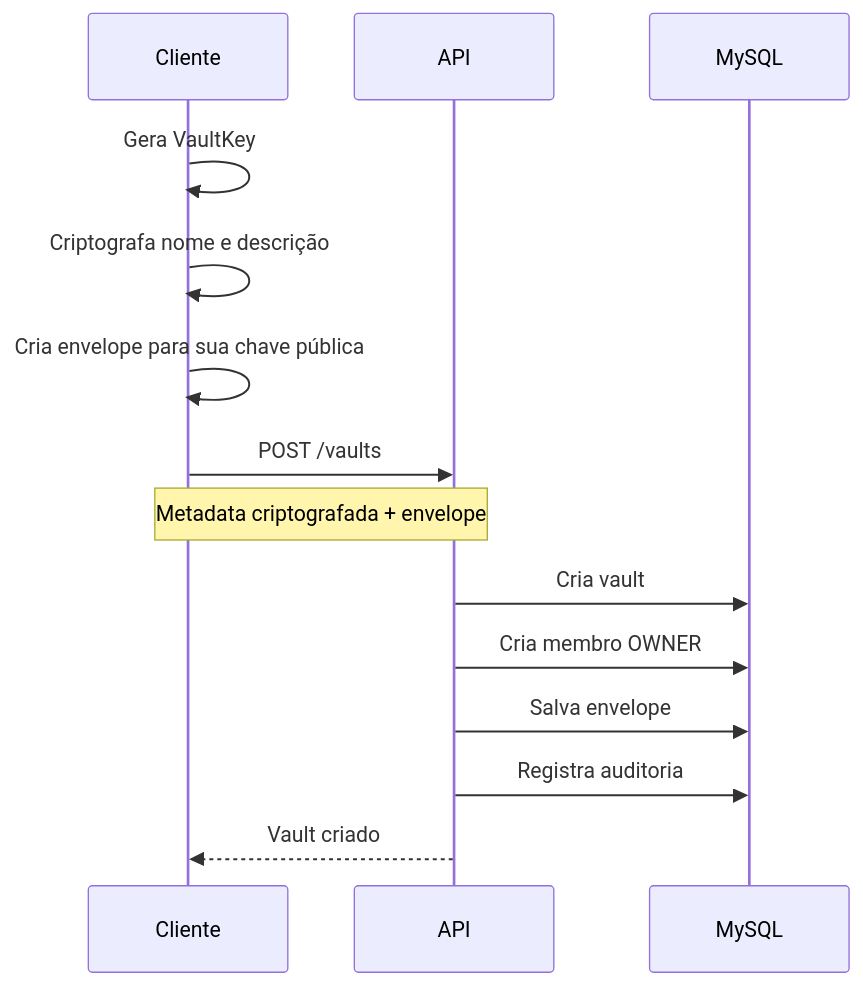
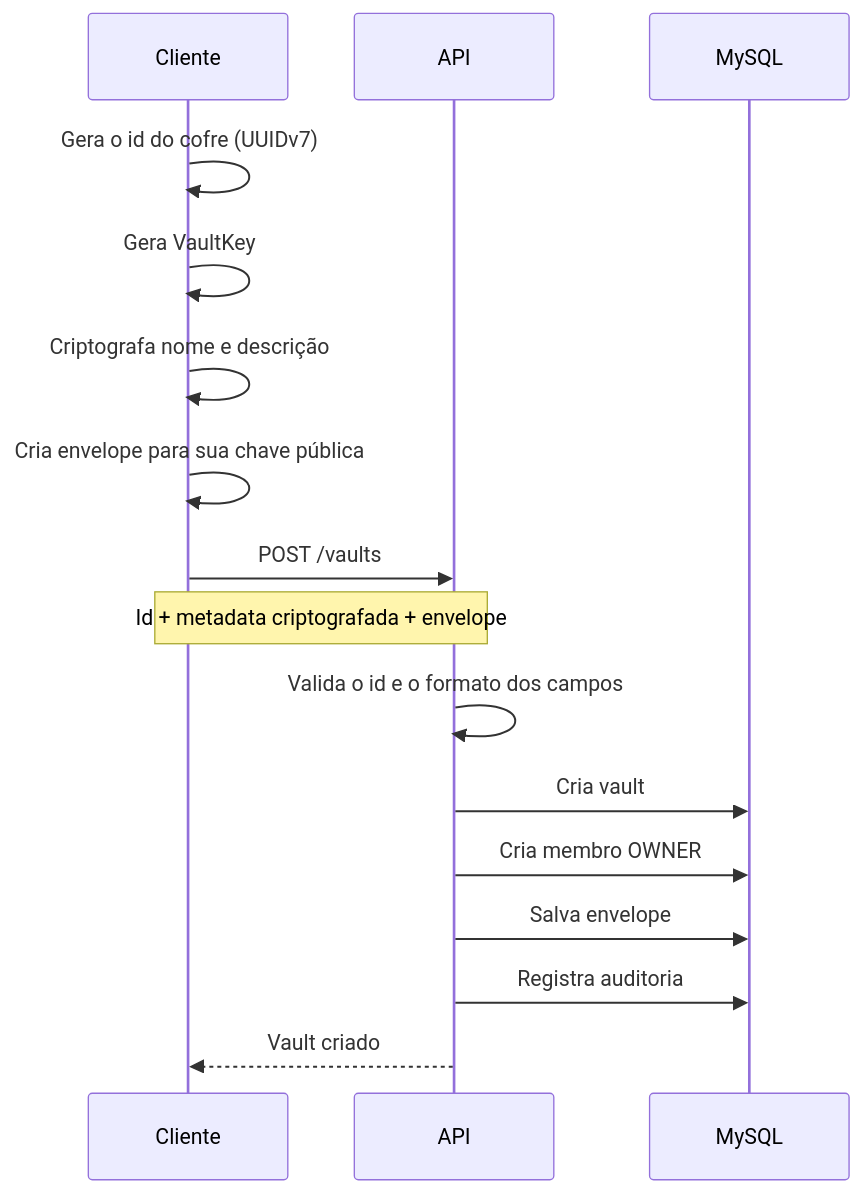
The fifth of 10 diagrams in docs/ARCHITECTURE.md (VictOliRodrigues/crypta), drawn with Mermaid before and after one commit. The commit also changed other lines of this file and 16 other files, not shown here.

````diff
--- a/docs/ARCHITECTURE.md
+++ b/docs/ARCHITECTURE.md
@@ -1097,19 +1097,21 @@
 ```mermaid
 sequenceDiagram
     participant C as Cliente
     participant A as API
     participant D as MySQL
 
+    C->>C: Gera o id do cofre (UUIDv7)
     C->>C: Gera VaultKey
     C->>C: Criptografa nome e descrição
     C->>C: Cria envelope para sua chave pública
 
     C->>A: POST /vaults
-    Note over C,A: Metadata criptografada + envelope
+    Note over C,A: Id + metadata criptografada + envelope
 
+    A->>A: Valida o id e o formato dos campos
     A->>D: Cria vault
     A->>D: Cria membro OWNER
     A->>D: Salva envelope
     A->>D: Registra auditoria
     A-->>C: Vault criado
 ```
````
